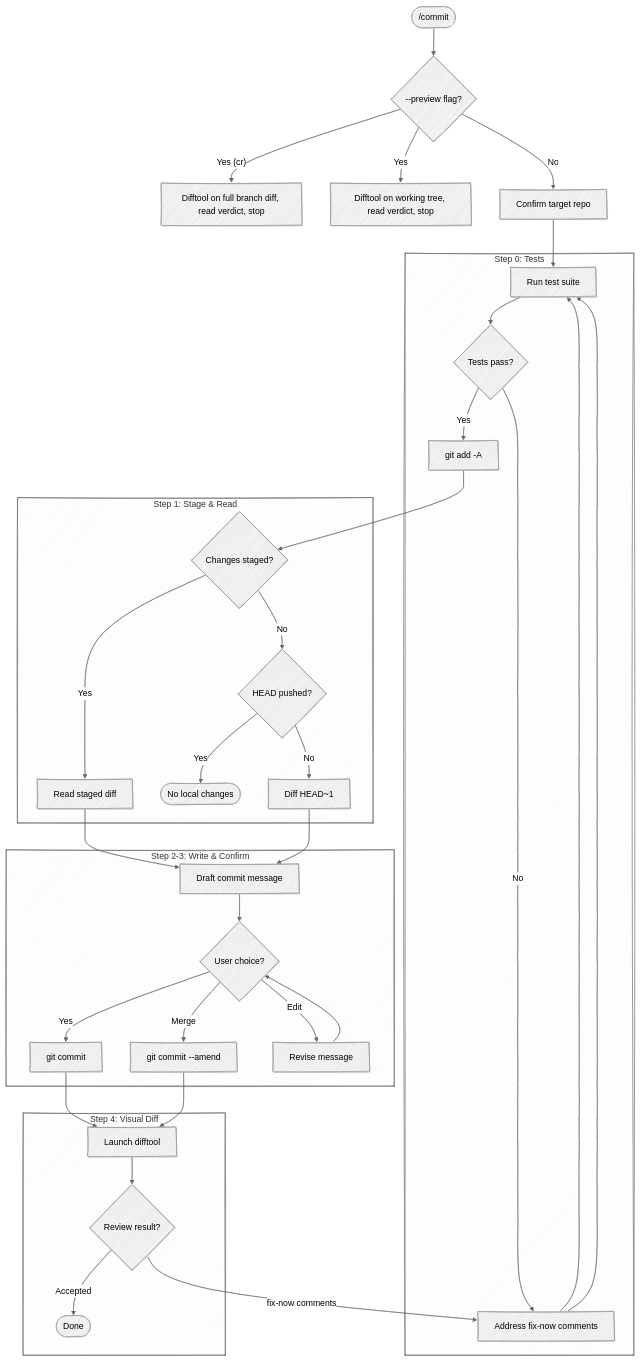
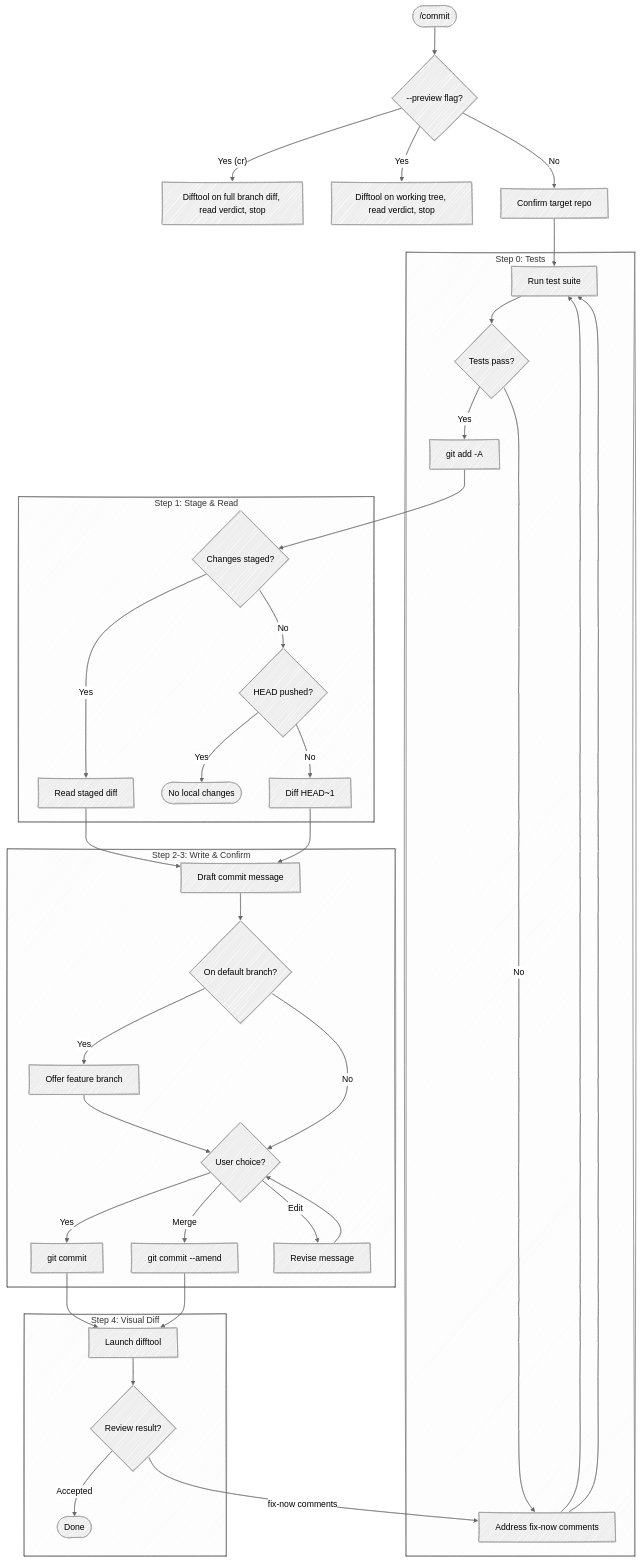
Before and after one commit to chris-peterson/anchor: the diagram in skills/commit/SKILL.md, drawn with Mermaid (neutral theme). The commit also changed other lines of this file and 3 other files, not shown here.

````diff
--- a/skills/commit/SKILL.md
+++ b/skills/commit/SKILL.md
@@ -12,39 +12,41 @@
 ```mermaid
 %%{ init: { 'look': 'handDrawn' } }%%
 flowchart TD
     Start(["/commit"]) --> Preview{"--preview flag?"}
     Preview -->|"Yes (cr)"| PreviewFull["Difftool on full branch diff, read verdict, stop"]
     Preview -->|Yes| PreviewDiff["Difftool on working tree, read verdict, stop"]
     Preview -->|No| Repo["Confirm target repo"] --> Tests
 
     subgraph "Step 0: Tests"
         Tests["Run test suite"] --> TestResult{Tests pass?}
         TestResult -->|No| Fix["Fix failures"] --> Tests
         TestResult -->|Yes| Stage
     end
 
     subgraph "Step 1: Stage & Read"
         Stage["git add -A"] --> Staged{Changes staged?}
         Staged -->|Yes| ReadDiff["Read staged diff"]
         Staged -->|No| CheckHead{HEAD pushed?}
         CheckHead -->|Yes| Stop([No local changes])
         CheckHead -->|No| ReadHead["Diff HEAD~1"]
     end
 
     subgraph "Step 2-3: Write & Confirm"
         ReadDiff --> Draft["Draft commit message"]
         ReadHead --> Draft
-        Draft --> Confirm{User choice?}
+        Draft --> OnDefault{On default branch?}
+        OnDefault -->|Yes| Branch["Offer feature branch"] --> Confirm
+        OnDefault -->|No| Confirm{User choice?}
         Confirm -->|Yes| Commit["git commit"]
         Confirm -->|Merge| Amend["git commit --amend"]
         Confirm -->|Edit| Revise["Revise message"] --> Confirm
     end
 
     subgraph "Step 4: Visual Diff"
         Commit --> DiffTool["Launch difftool"]
         Amend --> DiffTool
         DiffTool --> Review{Review result?}
         Review -->|Accepted| Done([Done])
         Review -->|fix-now comments| Fix["Address fix-now comments"] --> Tests
     end
 ```
````
